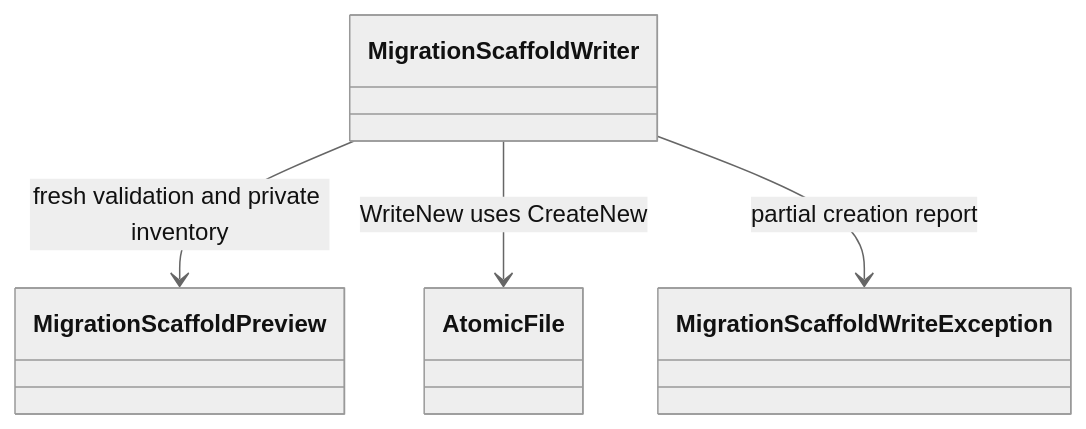
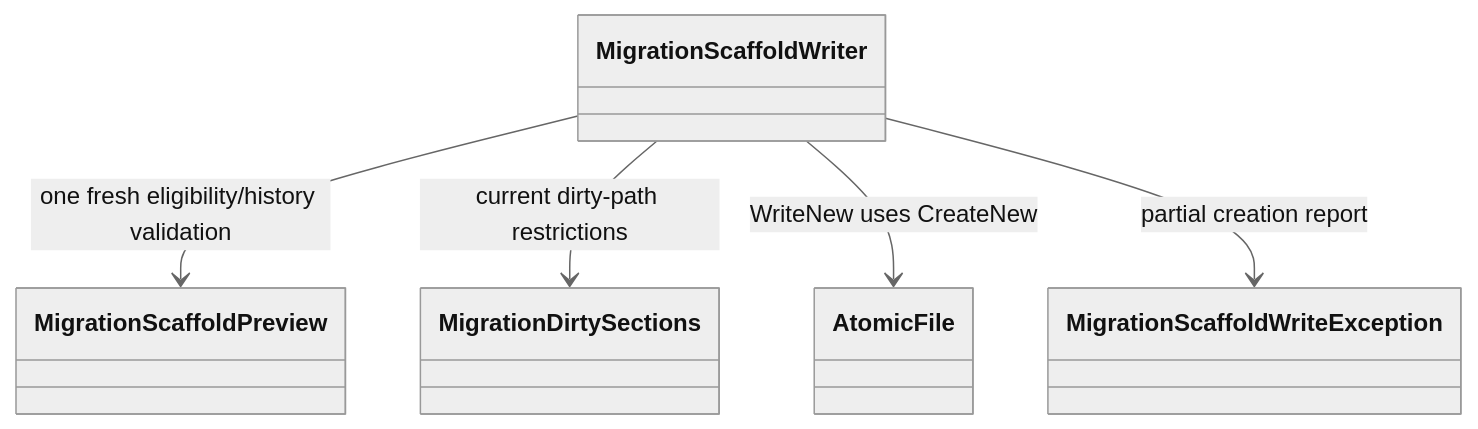
One commit to ferrywlto/ai-env-as-code changed diagram 21 of 25 in docs/architecture.md. Above: the diagram before and after it, drawn with Mermaid (neutral theme). The commit also changed other lines of this file and 5 other files, not shown here.

Commit message:
perf(migration): avoid rebuilding scaffold previews

````diff
--- a/docs/architecture.md
+++ b/docs/architecture.md
@@ -606,6 +606,7 @@
 ```mermaid
 classDiagram
-    MigrationScaffoldWriter --> MigrationScaffoldPreview : fresh validation and private inventory
+    MigrationScaffoldWriter --> MigrationScaffoldPreview : one fresh eligibility/history validation
+    MigrationScaffoldWriter --> MigrationDirtySections : current dirty-path restrictions
     MigrationScaffoldWriter --> AtomicFile : WriteNew uses CreateNew
     MigrationScaffoldWriter --> MigrationScaffoldWriteException : partial creation report
 ```
````
